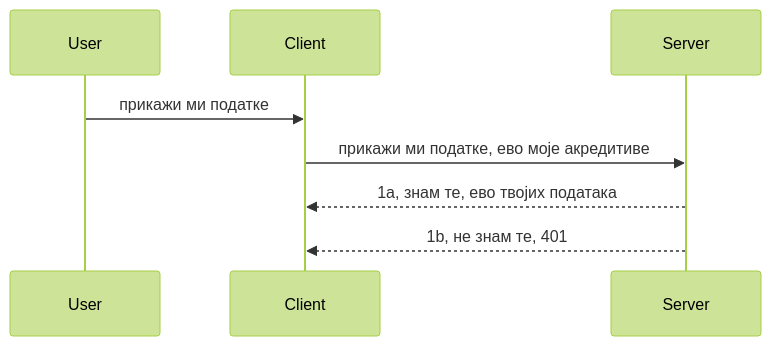
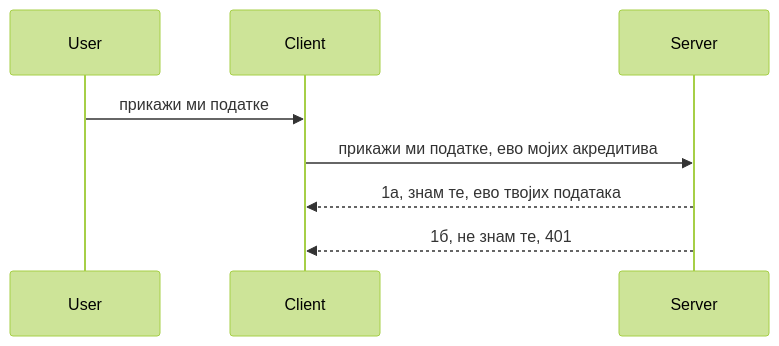
The diagram in mcp_ecosystem__model_context_protocol/mcp_learning_resources/mcp-for-beginners/translations/sr/03-GettingStarted/11-simple-auth/README.md (HIDORAKAI002/ai-workspace-archive), drawn with Mermaid (forest theme) before and after one commit. The commit also changed other lines of this file and 1046 other files, not shown here.

````diff
--- a/mcp_ecosystem__model_context_protocol/mcp_learning_resources/mcp-for-beginners/translations/sr/03-GettingStarted/11-simple-auth/README.md
+++ b/mcp_ecosystem__model_context_protocol/mcp_learning_resources/mcp-for-beginners/translations/sr/03-GettingStarted/11-simple-auth/README.md
@@ -24,11 +24,11 @@
 ```mermaid
 sequenceDiagram
    participant User
    participant Client
    participant Server
 
    User->>Client: прикажи ми податке
-   Client->>Server: прикажи ми податке, ево моје акредитиве
-   Server-->>Client: 1a, знам те, ево твојих података
-   Server-->>Client: 1b, не знам те, 401 
+   Client->>Server: прикажи ми податке, ево мојих акредитива
+   Server-->>Client: 1а, знам те, ево твојих података
+   Server-->>Client: 1б, не знам те, 401 
 ```
````
